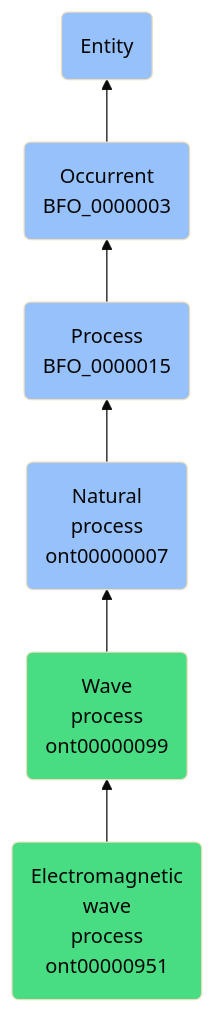
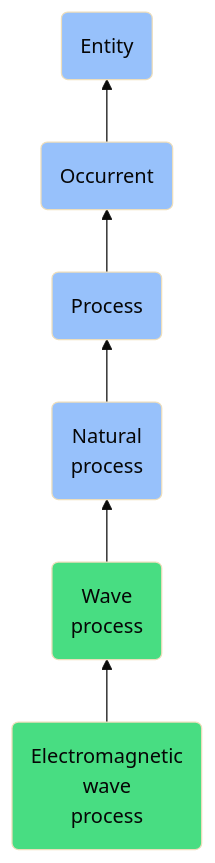
The diagram in docs/ontology/reference/model/Entity/Occurrent/Process/Natural process/Wave process/Electromagnetic wave process/Electromagnetic wave process.md (jupyter-naas/abi), drawn with Mermaid (base theme) before and after one commit. The commit also changed other lines of this file and 1430 other files, not shown here.

````diff
--- a/docs/ontology/reference/model/Entity/Occurrent/Process/Natural process/Wave process/Electromagnetic wave process/Electromagnetic wave process.md
+++ b/docs/ontology/reference/model/Entity/Occurrent/Process/Natural process/Wave process/Electromagnetic wave process/Electromagnetic wave process.md
@@ -24,13 +24,13 @@
 ```mermaid
 graph BT
-    ont00000951(Electromagnetic<br>wave<br>process<br>ont00000951):::ABI-->ont00000099
-    ont00000099(Wave<br>process<br>ont00000099):::ABI-->ont00000007
-    ont00000007(Natural<br>process<br>ont00000007):::BFO-->BFO_0000015
-    BFO_0000015(Process<br>BFO_0000015):::BFO-->BFO_0000003
-    BFO_0000003(Occurrent<br>BFO_0000003):::BFO-->BFO_0000001
+    ont00000951(Electromagnetic<br>wave<br>process):::ABI-->ont00000099
+    ont00000099(Wave<br>process):::ABI-->ont00000007
+    ont00000007(Natural<br>process):::BFO-->BFO_0000015
+    BFO_0000015(Process):::BFO-->BFO_0000003
+    BFO_0000003(Occurrent):::BFO-->BFO_0000001
     BFO_0000001(Entity):::BFO
     
     classDef BFO fill:#97c1fb,color:#060606
     classDef CCO fill:#e4c51e,color:#060606
     classDef ABI fill:#48DD82,color:#060606
 ```
````
